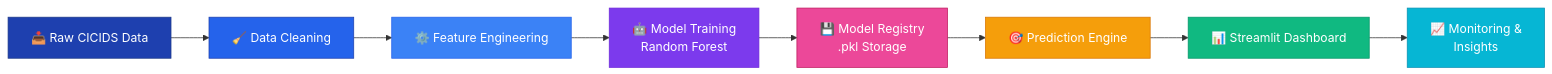
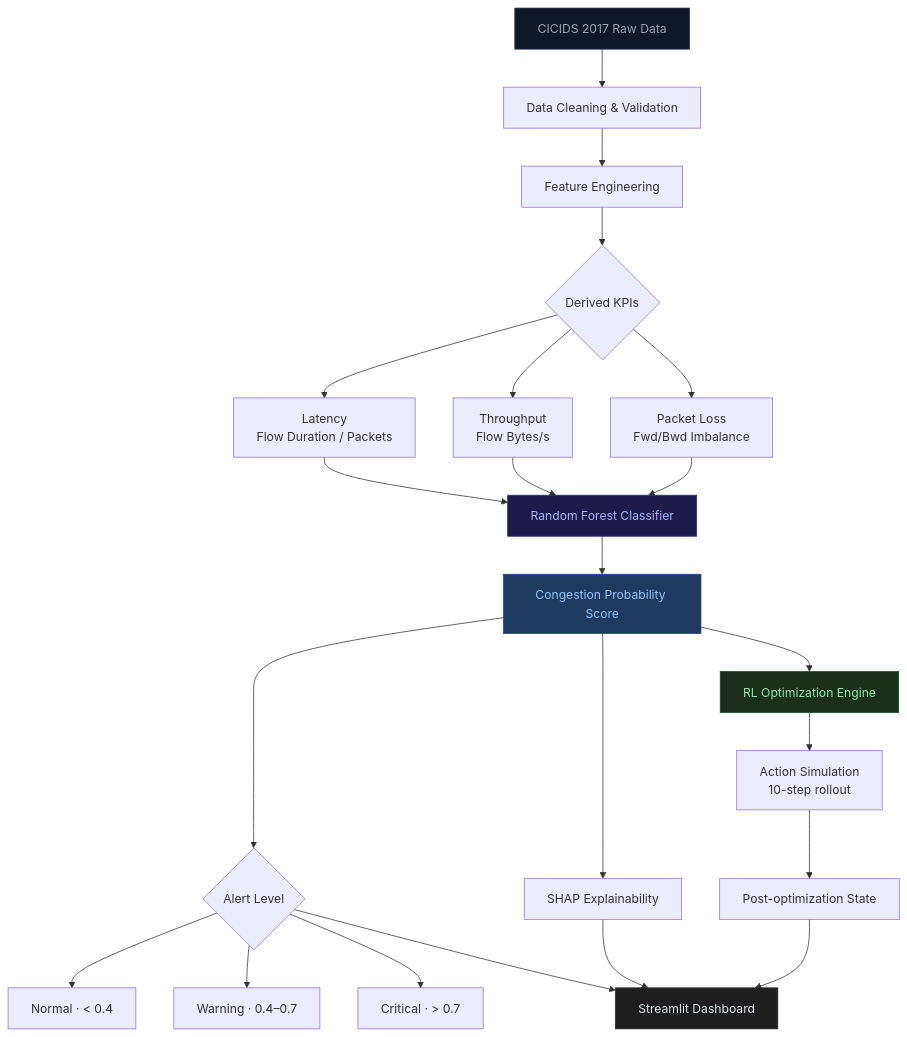
One commit to shivam-rane/AI-Network-Congestion-Optimizer changed the first of 4 diagrams in README.md. Above: the diagram before and after it, drawn with Mermaid. The commit also changed other lines of this file, not shown here.

Commit message:
Updated dashboard and optimization features

````diff
--- a/README.md
+++ b/README.md
@@ -42,19 +28,28 @@
 ```mermaid
-graph LR
-    A["📥 Raw CICIDS Data"] --> B["🧹 Data Cleaning"]
-    B --> C["⚙️ Feature Engineering"]
-    C --> D["🤖 Model Training<br/>Random Forest"]
-    D --> E["💾 Model Registry<br/>.pkl Storage"]
-    E --> F["🎯 Prediction Engine"]
-    F --> G["📊 Streamlit Dashboard"]
-    G --> H["📈 Monitoring &<br/>Insights"]
-    
-    style A fill:#1e40af,stroke:#1e3a8a,color:#fff
-    style B fill:#2563eb,stroke:#1e40af,color:#fff
-    style C fill:#3b82f6,stroke:#2563eb,color:#fff
-    style D fill:#7c3aed,stroke:#6d28d9,color:#fff
-    style E fill:#ec4899,stroke:#be185d,color:#fff
-    style F fill:#f59e0b,stroke:#d97706,color:#fff
-    style G fill:#10b981,stroke:#059669,color:#fff
-    style H fill:#06b6d4,stroke:#0891b2,color:#fff
+flowchart TD
+    A[CICIDS 2017 Raw Data] --> B[Data Cleaning & Validation]
+    B --> C[Feature Engineering]
+    C --> D{Derived KPIs}
+    D --> D1[Latency\nFlow Duration / Packets]
+    D --> D2[Throughput\nFlow Bytes/s]
+    D --> D3[Packet Loss\nFwd/Bwd Imbalance]
+    D1 & D2 & D3 --> E[Random Forest Classifier]
+    E --> F[Congestion Probability Score]
+    F --> G{Alert Level}
+    G --> G1[Normal · < 0.4]
+    G --> G2[Warning · 0.4–0.7]
+    G --> G3[Critical · > 0.7]
+    F --> H[SHAP Explainability]
+    F --> I[RL Optimization Engine]
+    I --> J[Action Simulation\n10-step rollout]
+    J --> K[Post-optimization State]
+    K --> L[Streamlit Dashboard]
+    H --> L
+    G --> L
+
+    style A fill:#0f172a,stroke:#1e293b,color:#94a3b8
+    style E fill:#1e1b4b,stroke:#312e81,color:#a5b4fc
+    style I fill:#1a2e1a,stroke:#14532d,color:#86efac
+    style L fill:#1e1e1e,stroke:#2a2a2a,color:#e2e8f0
+    style F fill:#1e3a5f,stroke:#1e40af,color:#93c5fd
 ```
````
